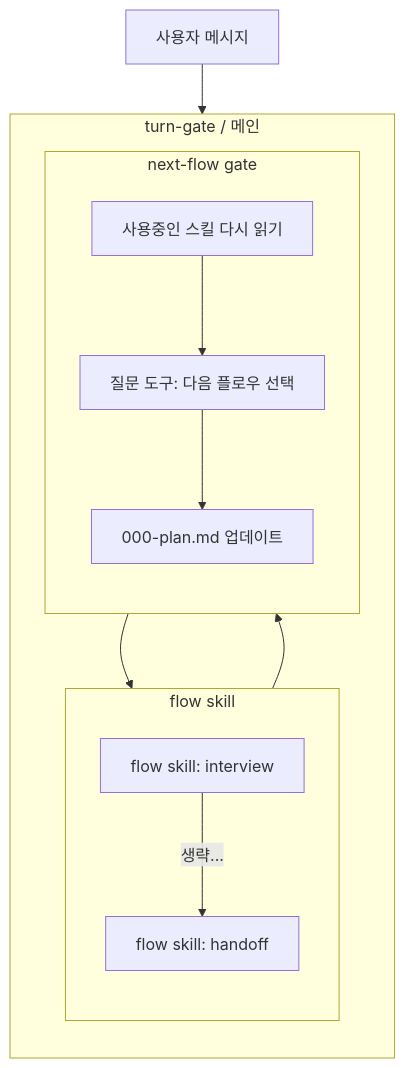
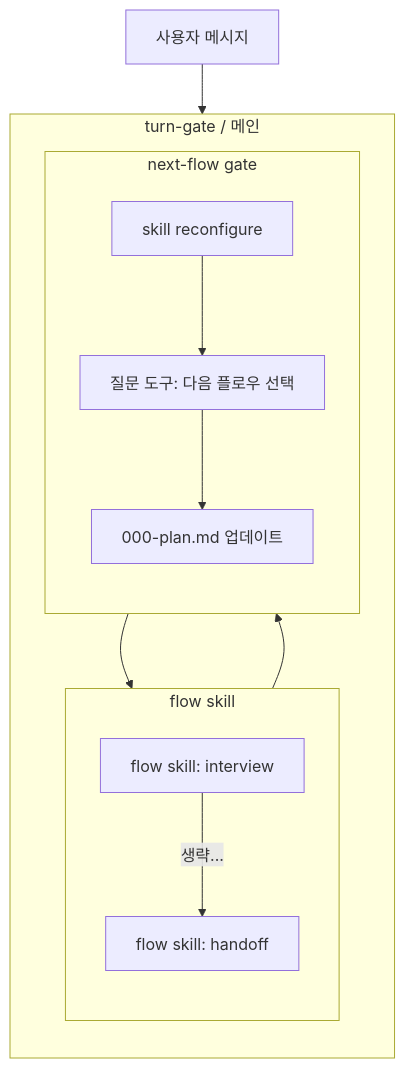
One commit to opnay/agent-plugins changed the first of 3 diagrams in src/loop-kit-dev/specs/skills/turn-gate/intent.md. Above: the diagram before and after it, drawn with Mermaid. The commit also changed other lines of this file and 7 other files, not shown here.

First line of the commit message:
docs: refine loop-kit skill reconfigure flow

````diff
--- a/src/loop-kit-dev/specs/skills/turn-gate/intent.md
+++ b/src/loop-kit-dev/specs/skills/turn-gate/intent.md
@@ -3,27 +5,27 @@
 ```mermaid
 graph TD
   START[사용자 메시지] --> FLOWGROUP
 
   subgraph TG[turn-gate / 메인]
     direction TB
     subgraph FLOWGROUP[flow skill]
       direction TB
       FLOW[flow skill: interview]
       HANDOFF[flow skill: handoff]
 
       FLOW -->|생략...| HANDOFF
     end
     subgraph QR[next-flow gate]
       direction TB
-      SKILLREAD[사용중인 스킬 다시 읽기]
+      SKILLRECONFIG[skill reconfigure]
       ASK[질문 도구: 다음 플로우 선택]
       PLAN[000-plan.md 업데이트]
 
-      SKILLREAD --> ASK
+      SKILLRECONFIG --> ASK
       ASK --> PLAN
     end
 
-    HANDOFF --> SKILLREAD
+    HANDOFF --> SKILLRECONFIG
     PLAN --> FLOW
   end
 ```
````
